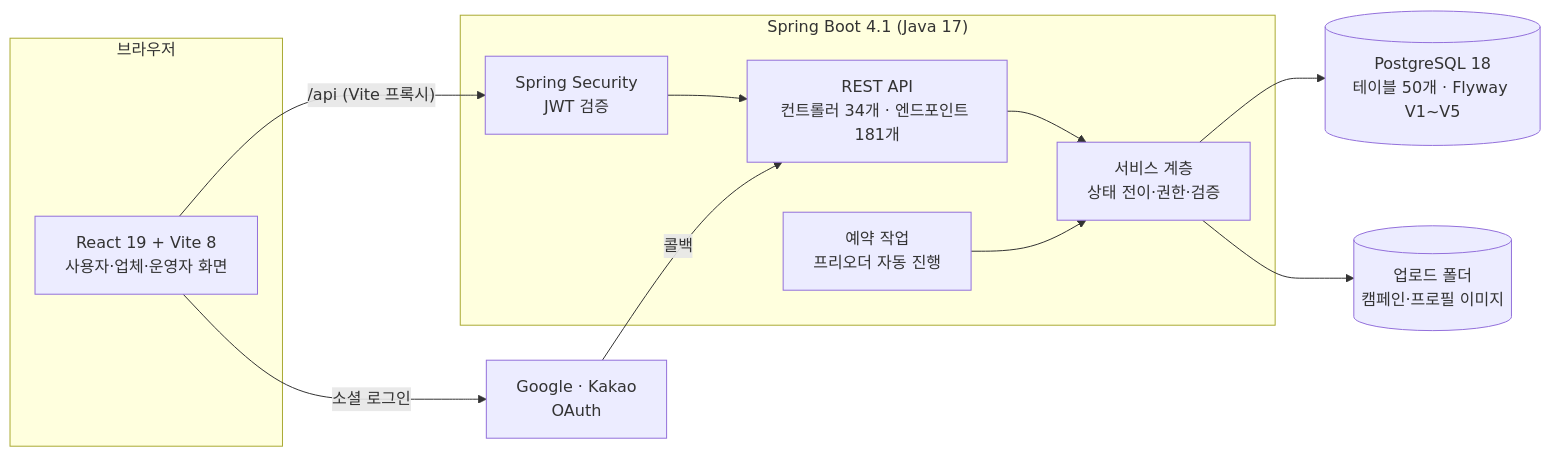
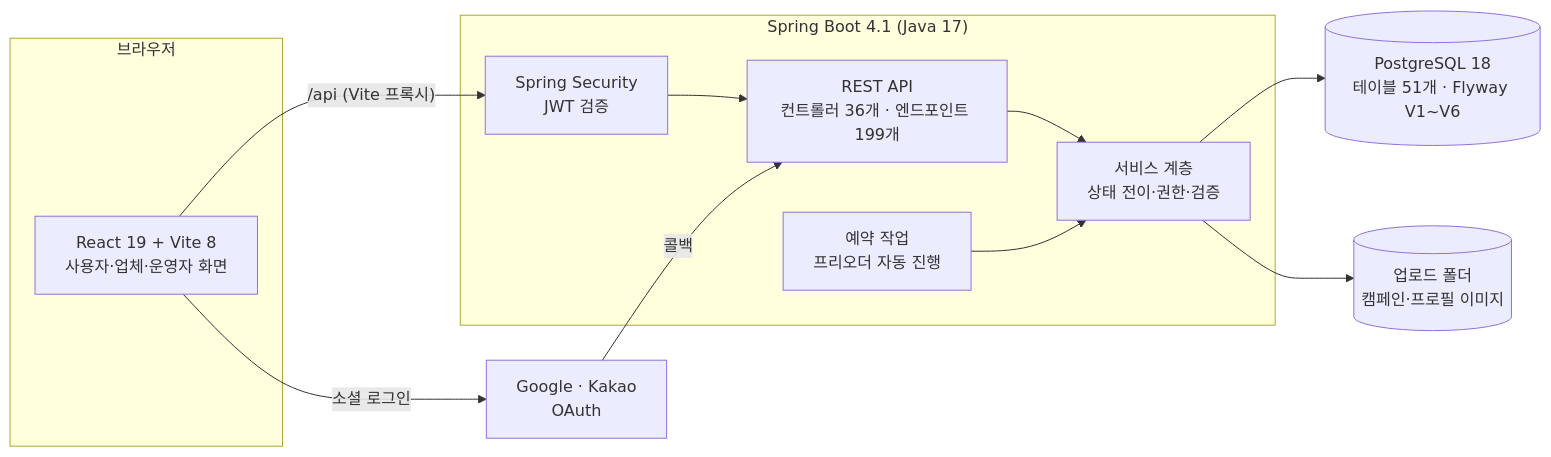
Before and after one commit to yoo-jin-k/movrit-backend: the first of 2 diagrams in docs/portfolio/architecture.md, drawn with Mermaid. The commit also changed other lines of this file and 1 other file, not shown here.

````diff
--- a/docs/portfolio/architecture.md
+++ b/docs/portfolio/architecture.md
@@ -8,20 +8,20 @@
 ```mermaid
 flowchart LR
   subgraph Browser["브라우저"]
     FE["React 19 + Vite 8<br/>사용자·업체·운영자 화면"]
   end
   subgraph Server["Spring Boot 4.1 (Java 17)"]
     SEC["Spring Security<br/>JWT 검증"]
-    API["REST API<br/>컨트롤러 34개 · 엔드포인트 181개"]
+    API["REST API<br/>컨트롤러 36개 · 엔드포인트 199개"]
     SVC["서비스 계층<br/>상태 전이·권한·검증"]
     SCH["예약 작업<br/>프리오더 자동 진행"]
   end
-  DB[("PostgreSQL 18<br/>테이블 50개 · Flyway V1~V5")]
+  DB[("PostgreSQL 18<br/>테이블 51개 · Flyway V1~V6")]
   FS[("업로드 폴더<br/>캠페인·프로필 이미지")]
   OAUTH["Google · Kakao<br/>OAuth"]
 
   FE -- "/api (Vite 프록시)" --> SEC --> API --> SVC --> DB
   SVC --> FS
   SCH --> SVC
   FE -- "소셜 로그인" --> OAUTH -- "콜백" --> API
 ```
````
